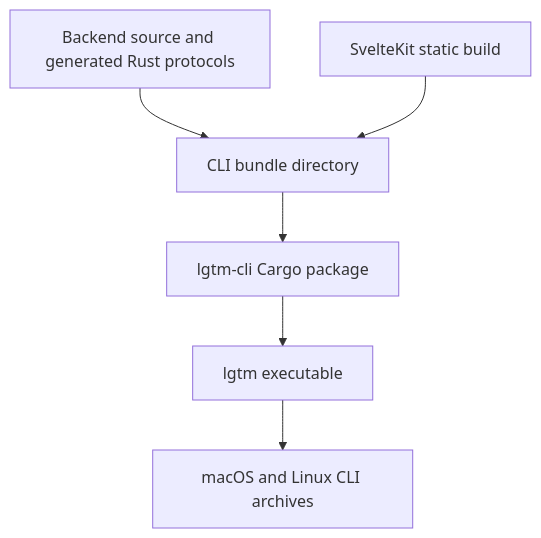
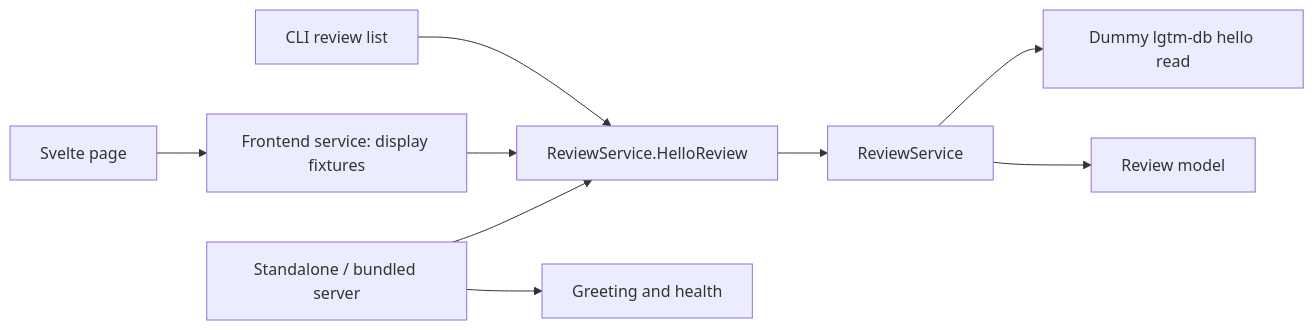
Before and after one commit to difflab-io/lgtm: the diagram in docs/architecture/index.md, drawn with Mermaid. The commit also changed other lines of this file and 172 other files, not shown here.

Commit message:
refactor: reset review stack to hello skeleton

````diff
--- a/docs/architecture/index.md
+++ b/docs/architecture/index.md
@@ -373,8 +5,11 @@
 ```mermaid
-flowchart TD
-    SOURCE["Backend source and generated Rust protocols"] --> BUNDLE["CLI bundle directory"]
-    WEB["SvelteKit static build"] --> BUNDLE
-    BUNDLE --> PACKAGE["lgtm-cli Cargo package"]
-    PACKAGE --> BINARY["lgtm executable"]
-    BINARY --> ARCHIVE["macOS and Linux CLI archives"]
+flowchart LR
+    CLI["CLI review list"] --> RPC["ReviewService.HelloReview"]
+    WEB["Svelte page"] --> FRONT["Frontend service: display fixtures"]
+    FRONT --> RPC
+    RPC --> SERVICE["ReviewService"]
+    SERVICE --> DB["Dummy lgtm-db hello read"]
+    SERVICE --> MODEL["Review model"]
+    HOST["Standalone / bundled server"] --> RPC
+    HOST --> HEALTH["Greeting and health"]
 ```
````
